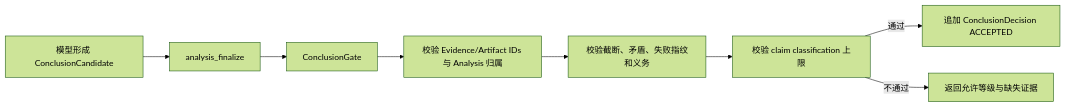
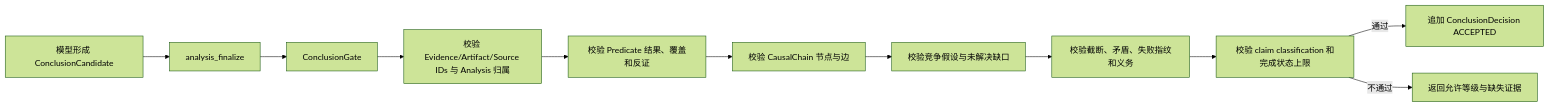
Before and after one commit to mh90901119-oss/algorithm-debug-agent: the fifth of 5 diagrams in docs/designs/2026-09-25-portable-mcp-subagent-and-coordinator-design.md, drawn with Mermaid (forest theme). The commit also changed other lines of this file, not shown here.

Commit message:
docs: finalize evidence-constrained agent design

````diff
--- a/docs/designs/2026-09-25-portable-mcp-subagent-and-coordinator-design.md
+++ b/docs/designs/2026-09-25-portable-mcp-subagent-and-coordinator-design.md
@@ -603,10 +918,13 @@
 ```mermaid
 flowchart LR
     MODEL["模型形成 ConclusionCandidate"] --> FINALIZE["analysis_finalize"]
     FINALIZE --> GATE["ConclusionGate"]
-    GATE --> IDS["校验 Evidence/Artifact IDs 与 Analysis 归属"]
-    IDS --> LIMIT["校验截断、矛盾、失败指纹和义务"]
-    LIMIT --> CLASS["校验 claim classification 上限"]
+    GATE --> IDS["校验 Evidence/Artifact/Source IDs 与 Analysis 归属"]
+    IDS --> PRED["校验 Predicate 结果、覆盖和反证"]
+    PRED --> CHAIN["校验 CausalChain 节点与边"]
+    CHAIN --> ALT["校验竞争假设与未解决缺口"]
+    ALT --> LIMIT["校验截断、矛盾、失败指纹和义务"]
+    LIMIT --> CLASS["校验 claim classification 和完成状态上限"]
     CLASS -->|"通过"| ACCEPT["追加 ConclusionDecision ACCEPTED"]
     CLASS -->|"不通过"| REJECT["返回允许等级与缺失证据"]
 ```
````
